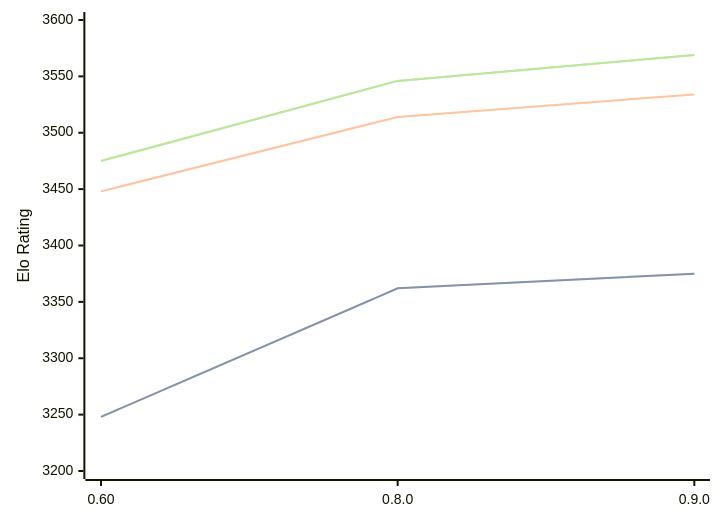
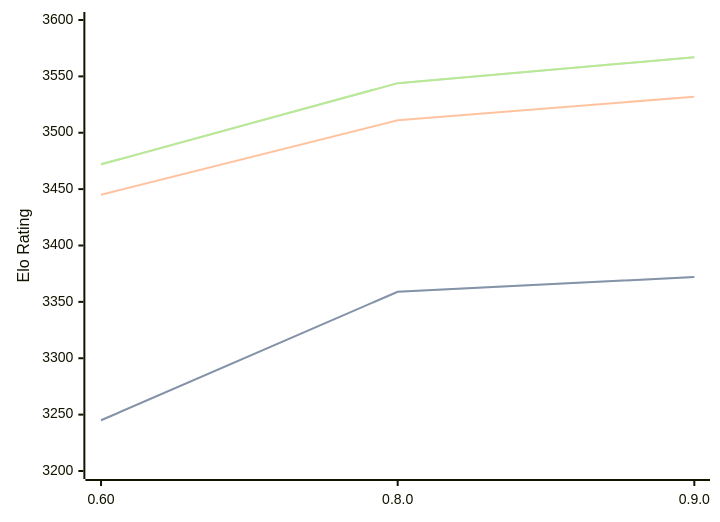
One commit to computer-chess-index/cci changed the diagram in engines/Motor.md. Above: the diagram before and after it, drawn with Mermaid. The commit also changed other lines of this file, not shown here.

Commit message:
Update CCI Ratings (ELO VLTC) - 2026-04-23

````diff
--- a/engines/Motor.md
+++ b/engines/Motor.md
@@ -39,11 +39,11 @@
 ```mermaid
 %%{init: {"theme":"base","themeVariables":{"seriesColors:['#a3a3a3','#222221','#faa371']}}}%%
 xychart-beta
   x-axis ["0.60", "0.8.0", "0.9.0"]
   y-axis "Elo Rating" 3200 --> 3600
-  line "STC (8.0+0.08s)" [3248, 3362, 3375]
-  line "STC (8.0+0.08s)" [3248, 3362, 3375]
-  line "LTC (60.0+0.60s)" [3448, 3514, 3534]
-  line "VLTC (2m24s+1.12s)" [3475, 3546, 3569]
-  line "VLTC (2m24s+1.12s)" [3475, 3546, 3569]
+  line "STC (8.0+0.08s)" [3245, 3359, 3372]
+  line "STC (8.0+0.08s)" [3245, 3359, 3372]
+  line "LTC (60.0+0.60s)" [3445, 3511, 3532]
+  line "VLTC (2m24s+1.12s)" [3472, 3544, 3567]
+  line "VLTC (2m24s+1.12s)" [3472, 3544, 3567]
 ```
````
